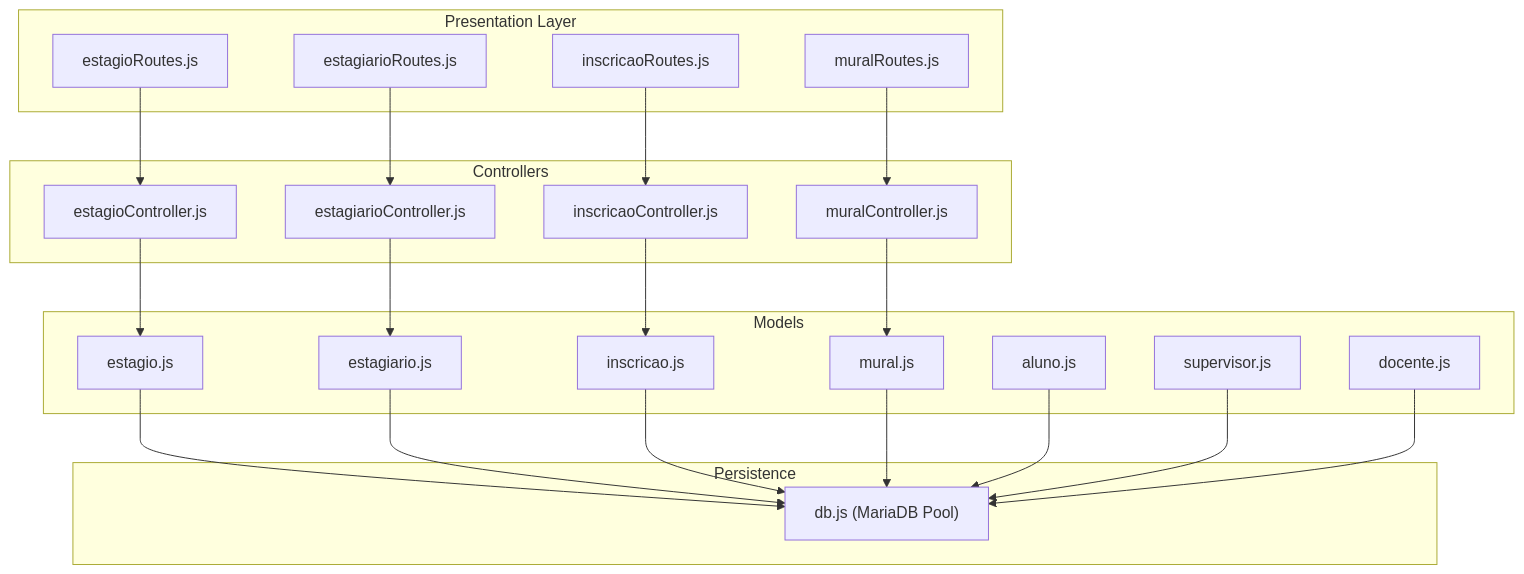
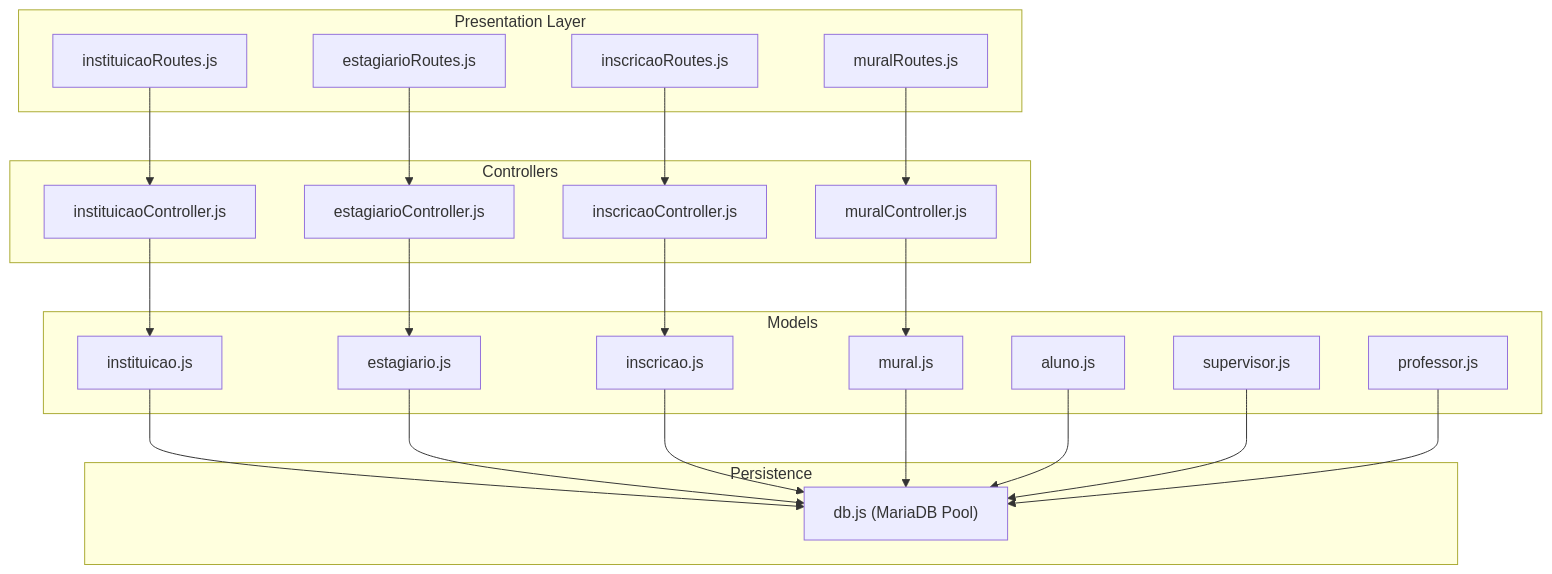
The first of 4 diagrams in .qoder/repowiki/en/content/Data Models & Database Design/Student & Internship Models.md (luiseduacosta/nodemural), drawn with Mermaid before and after one commit. The commit also changed other lines of this file and 25 other files, not shown here.

````diff
--- a/.qoder/repowiki/en/content/Data Models & Database Design/Student & Internship Models.md
+++ b/.qoder/repowiki/en/content/Data Models & Database Design/Student & Internship Models.md
@@ -50,38 +50,38 @@
 ```mermaid
 graph TB
 subgraph "Presentation Layer"
-R1["estagioRoutes.js"]
+R1["instituicaoRoutes.js"]
 R2["estagiarioRoutes.js"]
 R3["inscricaoRoutes.js"]
 R4["muralRoutes.js"]
 end
 subgraph "Controllers"
-C1["estagioController.js"]
+C1["instituicaoController.js"]
 C2["estagiarioController.js"]
 C3["inscricaoController.js"]
 C4["muralController.js"]
 end
 subgraph "Models"
-M1["estagio.js"]
+M1["instituicao.js"]
 M2["estagiario.js"]
 M3["inscricao.js"]
 M4["mural.js"]
 MA["aluno.js"]
 MS["supervisor.js"]
-MD["docente.js"]
+MD["professor.js"]
 end
 subgraph "Persistence"
 DB["db.js (MariaDB Pool)"]
 end
 R1 --> C1 --> M1
 R2 --> C2 --> M2
 R3 --> C3 --> M3
 R4 --> C4 --> M4
 M1 --> DB
 M2 --> DB
 M3 --> DB
 M4 --> DB
 MA --> DB
 MS --> DB
 MD --> DB
 ```
````
